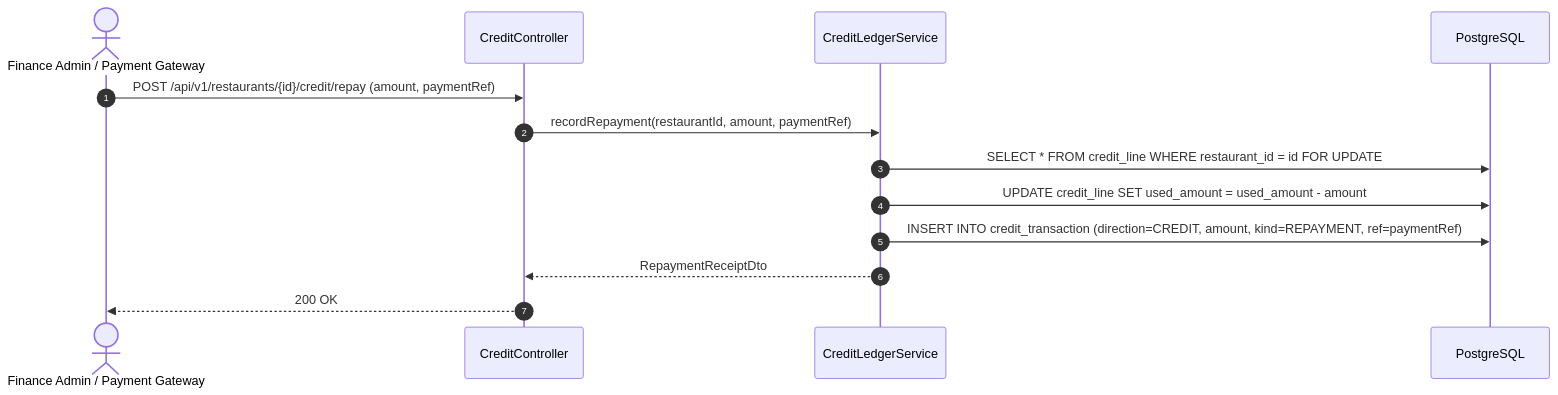
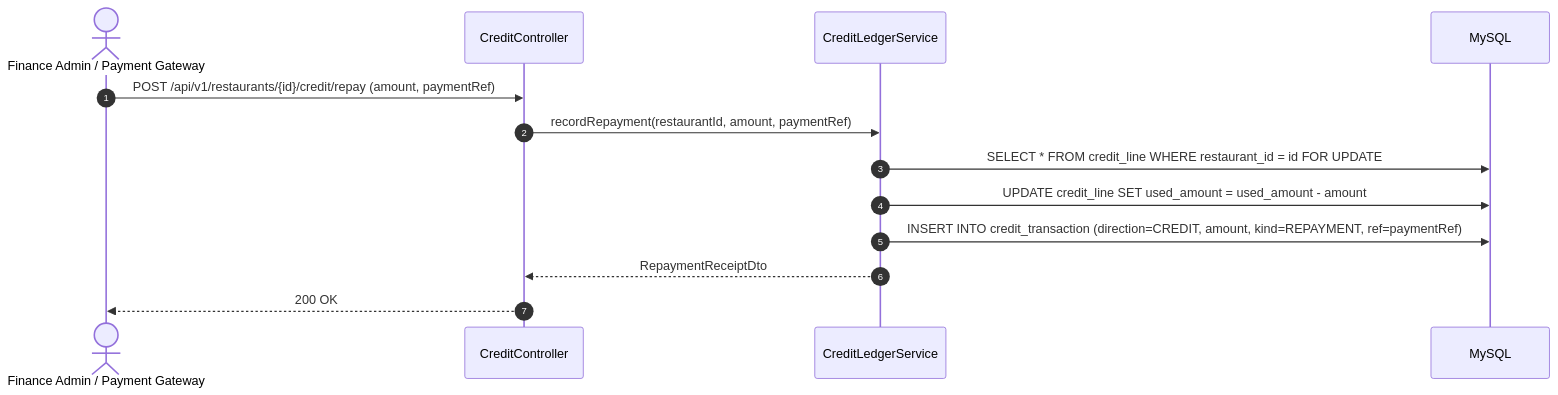
The second of 5 diagrams in docs/architecture/sequence-diagrams/05-credit-and-settlement.md (narasimha-reddy/costonomy-mp-api), drawn with Mermaid before and after one commit. The commit also changed other lines of this file and 19 other files, not shown here.

First line of the commit message:
docs(delivery): current state, diagrams, decisions D-204 to D-207, changelog and traceability

````diff
--- a/docs/architecture/sequence-diagrams/05-credit-and-settlement.md
+++ b/docs/architecture/sequence-diagrams/05-credit-and-settlement.md
@@ -47,16 +49,16 @@
 ```mermaid
 sequenceDiagram
     autonumber
     actor Admin as Finance Admin / Payment Gateway
     participant CC as CreditController
     participant CLS as CreditLedgerService
-    participant DB as PostgreSQL
+    participant DB as MySQL
 
     Admin->>CC: POST /api/v1/restaurants/{id}/credit/repay (amount, paymentRef)
     CC->>CLS: recordRepayment(restaurantId, amount, paymentRef)
     CLS->>DB: SELECT * FROM credit_line WHERE restaurant_id = id FOR UPDATE
     CLS->>DB: UPDATE credit_line SET used_amount = used_amount - amount
     CLS->>DB: INSERT INTO credit_transaction (direction=CREDIT, amount, kind=REPAYMENT, ref=paymentRef)
     CLS-->>CC: RepaymentReceiptDto
     CC-->>Admin: 200 OK
 ```
````
